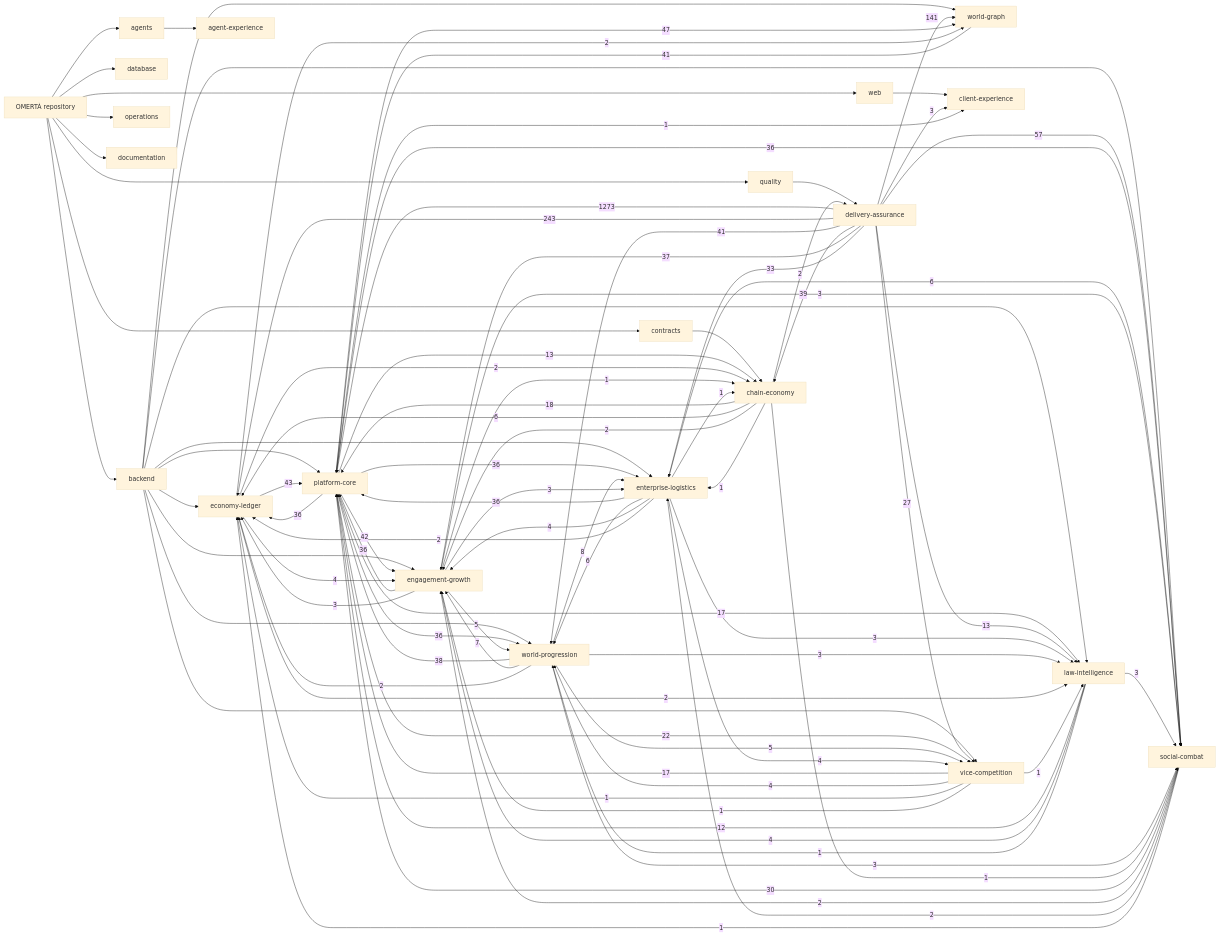
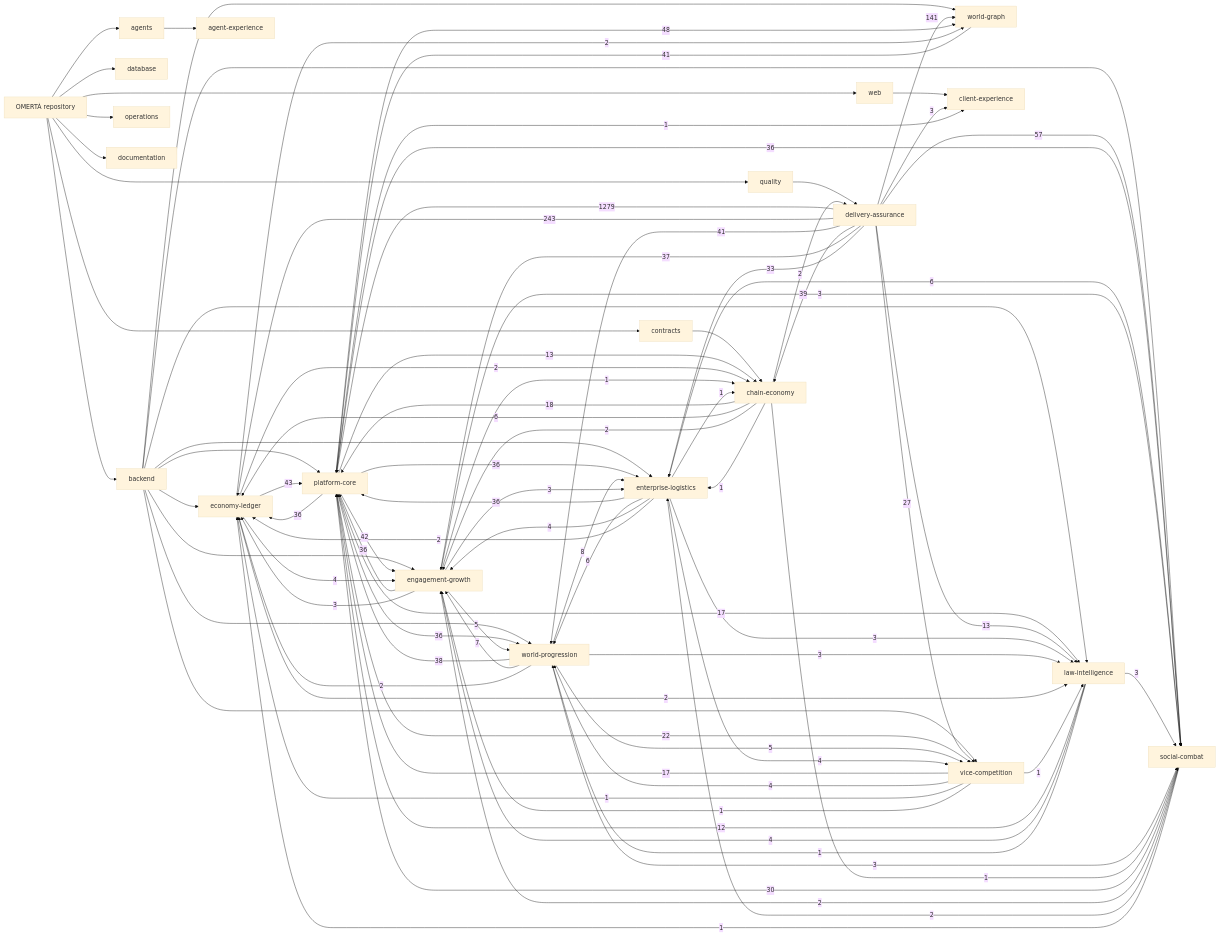
Before and after one commit to OmertaDev/Omerta: the diagram in knowledge/generated/graph.mmd, drawn with Mermaid (base theme). The commit also changed 8 other files, not shown here.

```diff
--- a/knowledge/generated/graph.mmd
+++ b/knowledge/generated/graph.mmd
@@ -1,111 +1,111 @@
 flowchart LR
   repo["OMERTÀ repository"]
   sub_backend["backend"]
   repo --> sub_backend
   sub_database["database"]
   repo --> sub_database
   sub_web["web"]
   repo --> sub_web
   sub_contracts["contracts"]
   repo --> sub_contracts
   sub_agents["agents"]
   repo --> sub_agents
   sub_quality["quality"]
   repo --> sub_quality
   sub_operations["operations"]
   repo --> sub_operations
   sub_documentation["documentation"]
   repo --> sub_documentation
   dom_platform-core["platform-core"]
   dom_economy-ledger["economy-ledger"]
   dom_social-combat["social-combat"]
   dom_world-progression["world-progression"]
   dom_world-graph["world-graph"]
   dom_enterprise-logistics["enterprise-logistics"]
   dom_vice-competition["vice-competition"]
   dom_law-intelligence["law-intelligence"]
   dom_chain-economy["chain-economy"]
   dom_engagement-growth["engagement-growth"]
   dom_client-experience["client-experience"]
   dom_agent-experience["agent-experience"]
   dom_delivery-assurance["delivery-assurance"]
   sub_agents --> dom_agent-experience
   sub_backend --> dom_economy-ledger
   sub_backend --> dom_engagement-growth
   sub_backend --> dom_enterprise-logistics
   sub_backend --> dom_law-intelligence
   sub_backend --> dom_platform-core
   sub_backend --> dom_social-combat
   sub_backend --> dom_vice-competition
   sub_backend --> dom_world-graph
   sub_backend --> dom_world-progression
   sub_contracts --> dom_chain-economy
   sub_quality --> dom_delivery-assurance
   sub_web --> dom_client-experience
-  dom_delivery-assurance -->|1273| dom_platform-core
+  dom_delivery-assurance -->|1279| dom_platform-core
   dom_delivery-assurance -->|243| dom_economy-ledger
   dom_delivery-assurance -->|141| dom_world-graph
   dom_delivery-assurance -->|57| dom_social-combat
-  dom_platform-core -->|47| dom_world-graph
+  dom_platform-core -->|48| dom_world-graph
   dom_economy-ledger -->|43| dom_platform-core
   dom_platform-core -->|42| dom_engagement-growth
   dom_delivery-assurance -->|41| dom_world-progression
   dom_world-graph -->|41| dom_platform-core
   dom_delivery-assurance -->|39| dom_chain-economy
   dom_world-progression -->|38| dom_platform-core
   dom_delivery-assurance -->|37| dom_engagement-growth
   dom_engagement-growth -->|36| dom_platform-core
   dom_enterprise-logistics -->|36| dom_platform-core
   dom_platform-core -->|36| dom_economy-ledger
   dom_platform-core -->|36| dom_enterprise-logistics
   dom_platform-core -->|36| dom_social-combat
   dom_platform-core -->|36| dom_world-progression
   dom_delivery-assurance -->|33| dom_enterprise-logistics
   dom_social-combat -->|30| dom_platform-core
   dom_delivery-assurance -->|27| dom_vice-competition
   dom_platform-core -->|22| dom_vice-competition
   dom_chain-economy -->|18| dom_platform-core
   dom_platform-core -->|17| dom_law-intelligence
   dom_vice-competition -->|17| dom_platform-core
   dom_delivery-assurance -->|13| dom_law-intelligence
   dom_platform-core -->|13| dom_chain-economy
   dom_law-intelligence -->|12| dom_platform-core
   dom_world-progression -->|8| dom_enterprise-logistics
   dom_world-progression -->|7| dom_engagement-growth
   dom_chain-economy -->|6| dom_economy-ledger
   dom_enterprise-logistics -->|6| dom_social-combat
   dom_enterprise-logistics -->|6| dom_world-progression
   dom_engagement-growth -->|5| dom_world-progression
   dom_world-progression -->|5| dom_vice-competition
   dom_economy-ledger -->|4| dom_engagement-growth
   dom_enterprise-logistics -->|4| dom_engagement-growth
   dom_enterprise-logistics -->|4| dom_vice-competition
   dom_law-intelligence -->|4| dom_engagement-growth
   dom_vice-competition -->|4| dom_world-progression
   dom_delivery-assurance -->|3| dom_client-experience
   dom_engagement-growth -->|3| dom_economy-ledger
   dom_engagement-growth -->|3| dom_enterprise-logistics
   dom_engagement-growth -->|3| dom_social-combat
   dom_enterprise-logistics -->|3| dom_law-intelligence
   dom_law-intelligence -->|3| dom_social-combat
   dom_world-progression -->|3| dom_law-intelligence
   dom_world-progression -->|3| dom_social-combat
   dom_chain-economy -->|2| dom_delivery-assurance
   dom_chain-economy -->|2| dom_engagement-growth
   dom_economy-ledger -->|2| dom_chain-economy
   dom_economy-ledger -->|2| dom_law-intelligence
   dom_economy-ledger -->|2| dom_world-graph
   dom_enterprise-logistics -->|2| dom_economy-ledger
   dom_social-combat -->|2| dom_engagement-growth
   dom_social-combat -->|2| dom_enterprise-logistics
   dom_world-progression -->|2| dom_economy-ledger
   dom_chain-economy -->|1| dom_enterprise-logistics
   dom_chain-economy -->|1| dom_social-combat
   dom_engagement-growth -->|1| dom_chain-economy
   dom_enterprise-logistics -->|1| dom_chain-economy
   dom_law-intelligence -->|1| dom_world-progression
   dom_platform-core -->|1| dom_client-experience
   dom_social-combat -->|1| dom_economy-ledger
   dom_vice-competition -->|1| dom_economy-ledger
   dom_vice-competition -->|1| dom_engagement-growth
   dom_vice-competition -->|1| dom_law-intelligence
```
